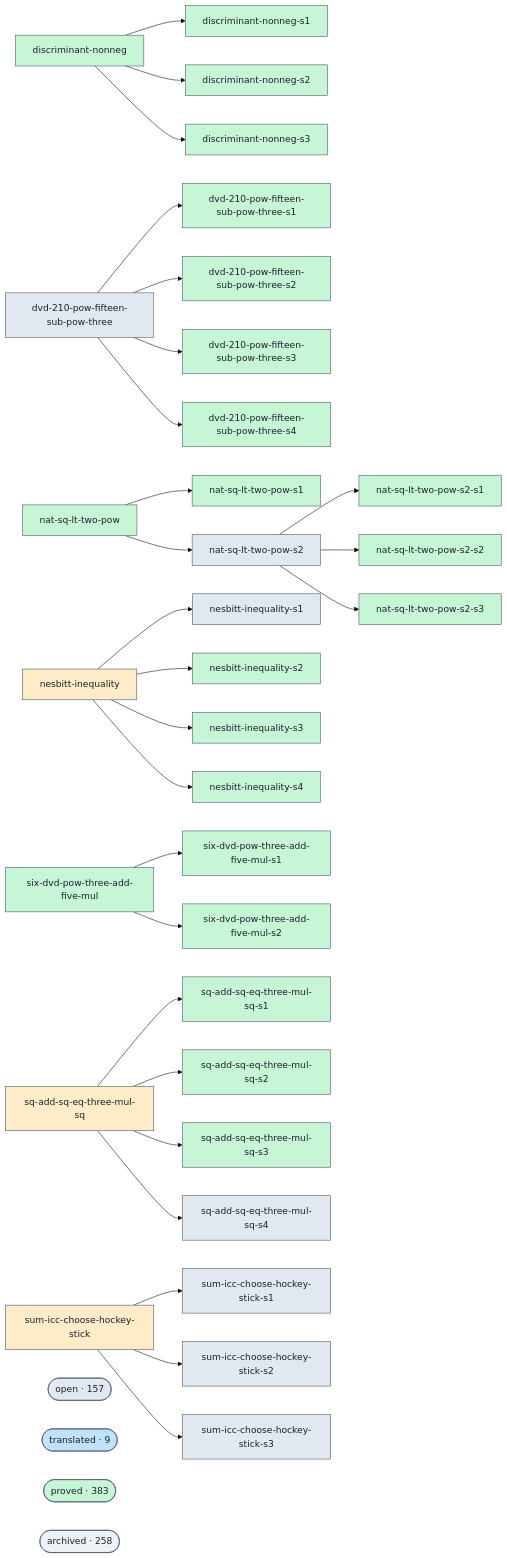
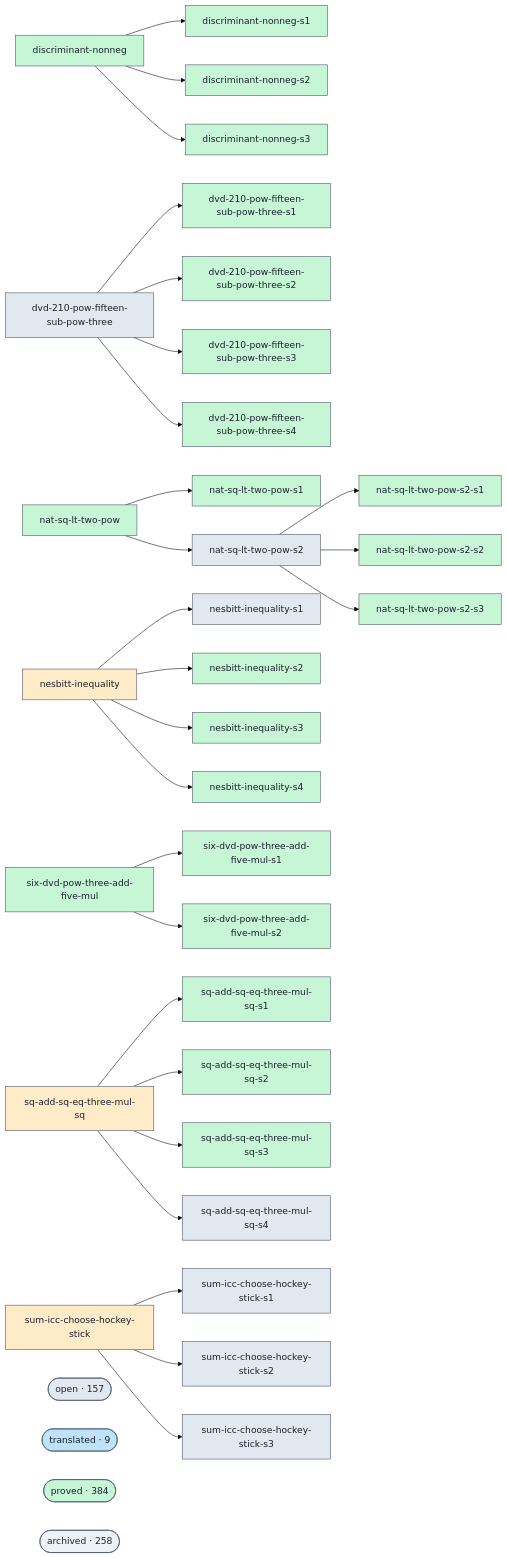
One commit to ohdearquant/unsorry changed the diagram in docs/proofs-contributors-visualisation.md. Above: the diagram before and after it, drawn with Mermaid (base theme). The commit also changed other lines of this file and 2 other files, not shown here.

```diff
--- a/docs/proofs-contributors-visualisation.md
+++ b/docs/proofs-contributors-visualisation.md
@@ -147,7 +147,7 @@
   class cluster_open open;
   cluster_translated(["translated · 9"])
   class cluster_translated translated;
-  cluster_proved(["proved · 383"])
+  cluster_proved(["proved · 384"])
   class cluster_proved proved;
   cluster_archived(["archived · 258"])
   class cluster_archived unknown;
```
